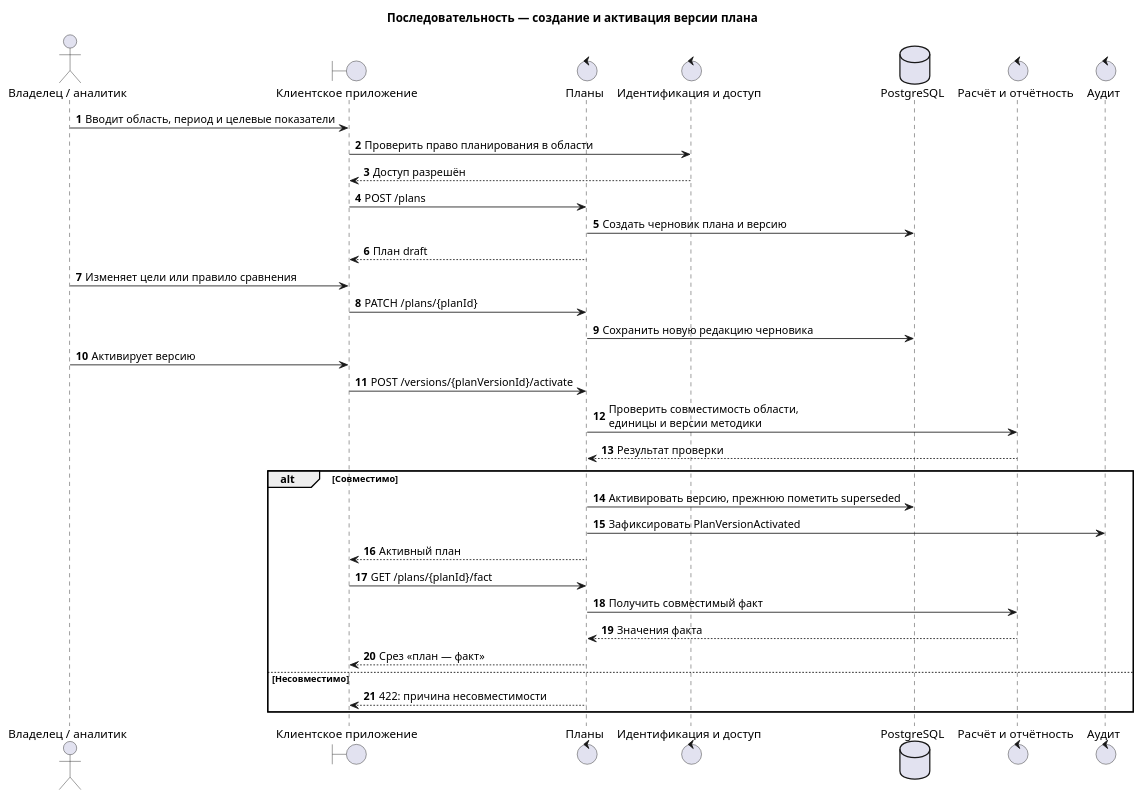
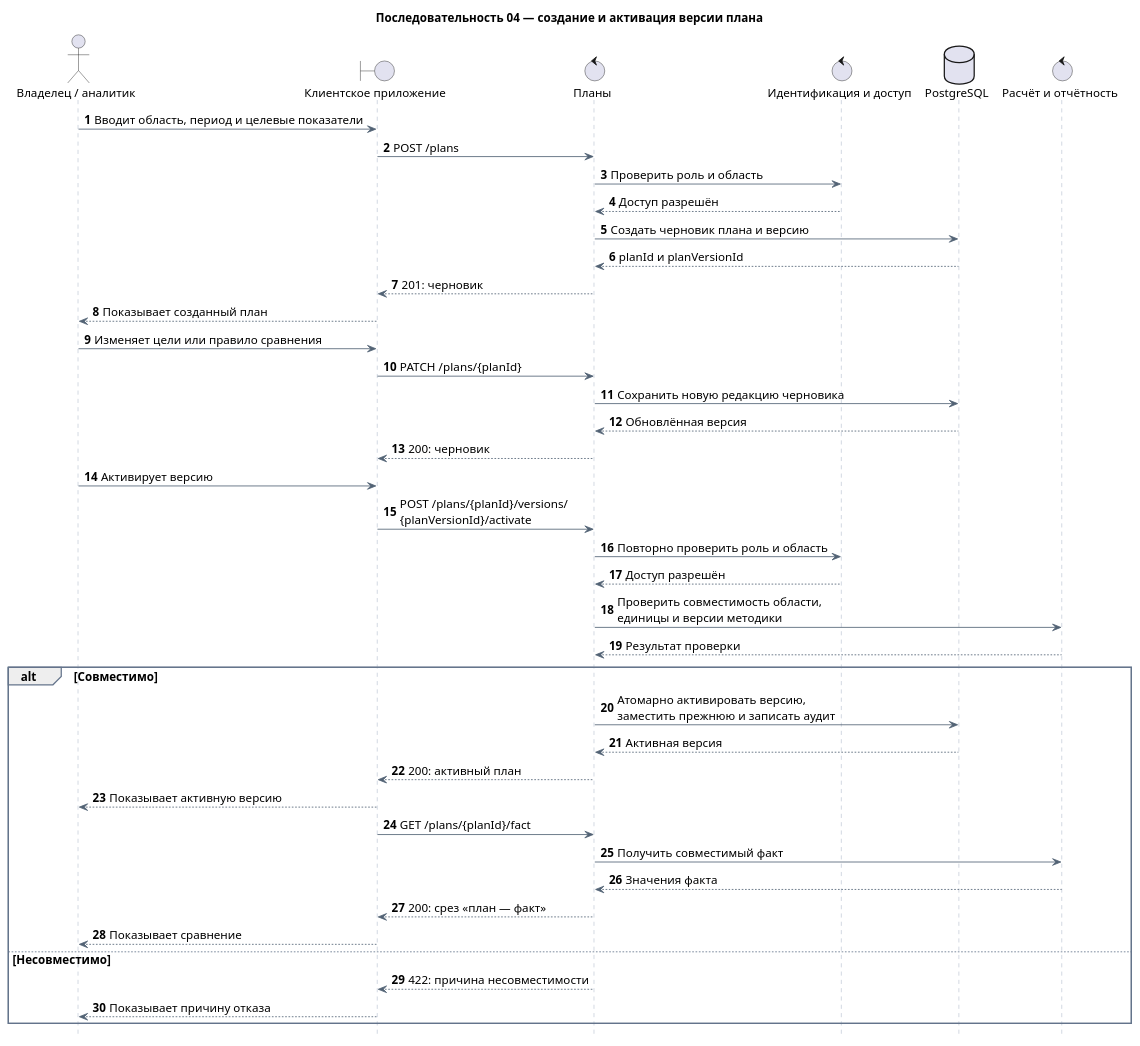
The diagram in docs/architecture/sequence/04-plan-lifecycle.puml (onlyuncia/grafio-product-docs), drawn with PlantUML before and after one commit. The commit also changed 152 other files, not shown here.

```diff
--- a/docs/architecture/sequence/04-plan-lifecycle.puml
+++ b/docs/architecture/sequence/04-plan-lifecycle.puml
@@ -1,38 +1,58 @@
 @startuml
-title Последовательность — создание и активация версии плана
+title Последовательность 04 — создание и активация версии плана
 autonumber
+hide footbox
+
+skinparam defaultFontName Arial
+skinparam defaultFontSize 14
+skinparam sequence {
+  ArrowColor #526274
+  LifeLineBorderColor #94A3B8
+  ParticipantBackgroundColor #EAF2FC
+  ParticipantBorderColor #5289C2
+  GroupBorderColor #64748B
+  GroupHeaderBackgroundColor #EAF2FC
+}
 
 actor "Владелец / аналитик" as User
 boundary "Клиентское приложение" as UI
 control "Планы" as Plans
 control "Идентификация и доступ" as Access
 database "PostgreSQL" as DB
 control "Расчёт и отчётность" as Reports
-control "Аудит" as Audit
 
 User -> UI : Вводит область, период и целевые показатели
-UI -> Access : Проверить право планирования в области
-Access --> UI : Доступ разрешён
 UI -> Plans : POST /plans
+Plans -> Access : Проверить роль и область
+Access --> Plans : Доступ разрешён
 Plans -> DB : Создать черновик плана и версию
-Plans --> UI : План draft
+DB --> Plans : planId и planVersionId
+Plans --> UI : 201: черновик
+UI --> User : Показывает созданный план
 User -> UI : Изменяет цели или правило сравнения
 UI -> Plans : PATCH /plans/{planId}
 Plans -> DB : Сохранить новую редакцию черновика
+DB --> Plans : Обновлённая версия
+Plans --> UI : 200: черновик
 
 User -> UI : Активирует версию
-UI -> Plans : POST /versions/{planVersionId}/activate
+UI -> Plans : POST /plans/{planId}/versions/\n{planVersionId}/activate
+Plans -> Access : Повторно проверить роль и область
+Access --> Plans : Доступ разрешён
 Plans -> Reports : Проверить совместимость области,\nединицы и версии методики
 Reports --> Plans : Результат проверки
 alt Совместимо
-  Plans -> DB : Активировать версию, прежнюю пометить superseded
-  Plans -> Audit : Зафиксировать PlanVersionActivated
-  Plans --> UI : Активный план
+  Plans -> DB : Атомарно активировать версию,\nзаместить прежнюю и записать аудит
+  DB --> Plans : Активная версия
+  Plans --> UI : 200: активный план
+  UI --> User : Показывает активную версию
   UI -> Plans : GET /plans/{planId}/fact
   Plans -> Reports : Получить совместимый факт
   Reports --> Plans : Значения факта
-  Plans --> UI : Срез «план — факт»
+  Plans --> UI : 200: срез «план — факт»
+  UI --> User : Показывает сравнение
 else Несовместимо
   Plans --> UI : 422: причина несовместимости
+  UI --> User : Показывает причину отказа
 end
 @enduml
```
